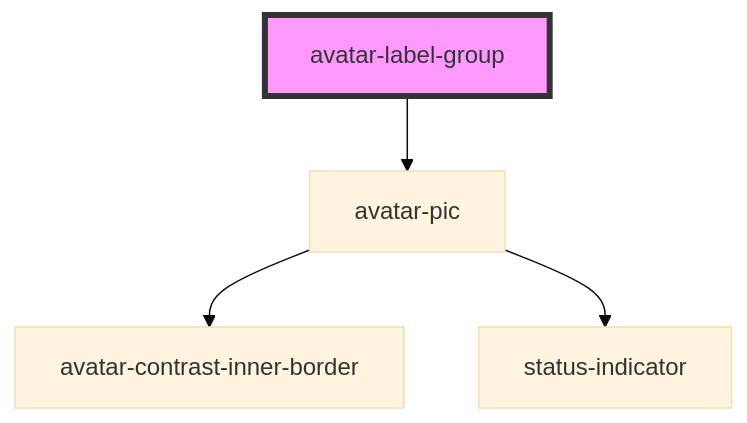
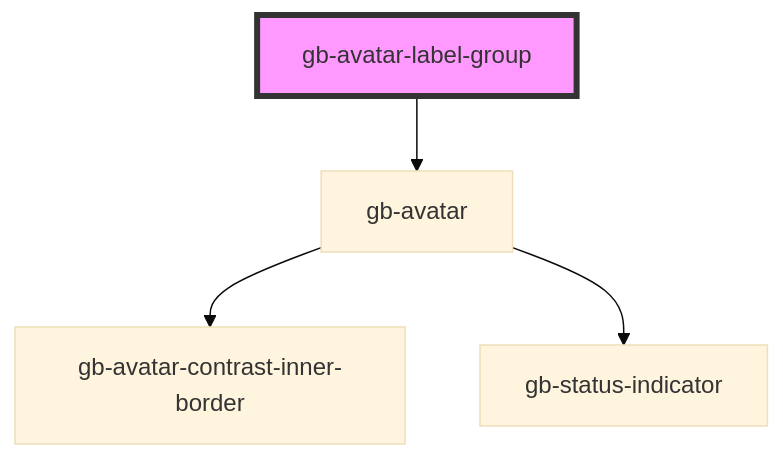
The diagram in src/components/gb-avatar-label-group/readme.md (Emmanuel1858/globusComponent), drawn with Mermaid (base theme) before and after one commit. The commit also changed other lines of this file and 53 other files, not shown here.

````diff
--- a/src/components/gb-avatar-label-group/readme.md
+++ b/src/components/gb-avatar-label-group/readme.md
@@ -27,7 +26,7 @@
 ```mermaid
 graph TD;
-  avatar-label-group --> avatar-pic
-  avatar-pic --> avatar-contrast-inner-border
-  avatar-pic --> status-indicator
-  style avatar-label-group fill:#f9f,stroke:#333,stroke-width:4px
+  gb-avatar-label-group --> gb-avatar
+  gb-avatar --> gb-avatar-contrast-inner-border
+  gb-avatar --> gb-status-indicator
+  style gb-avatar-label-group fill:#f9f,stroke:#333,stroke-width:4px
 ```
````
